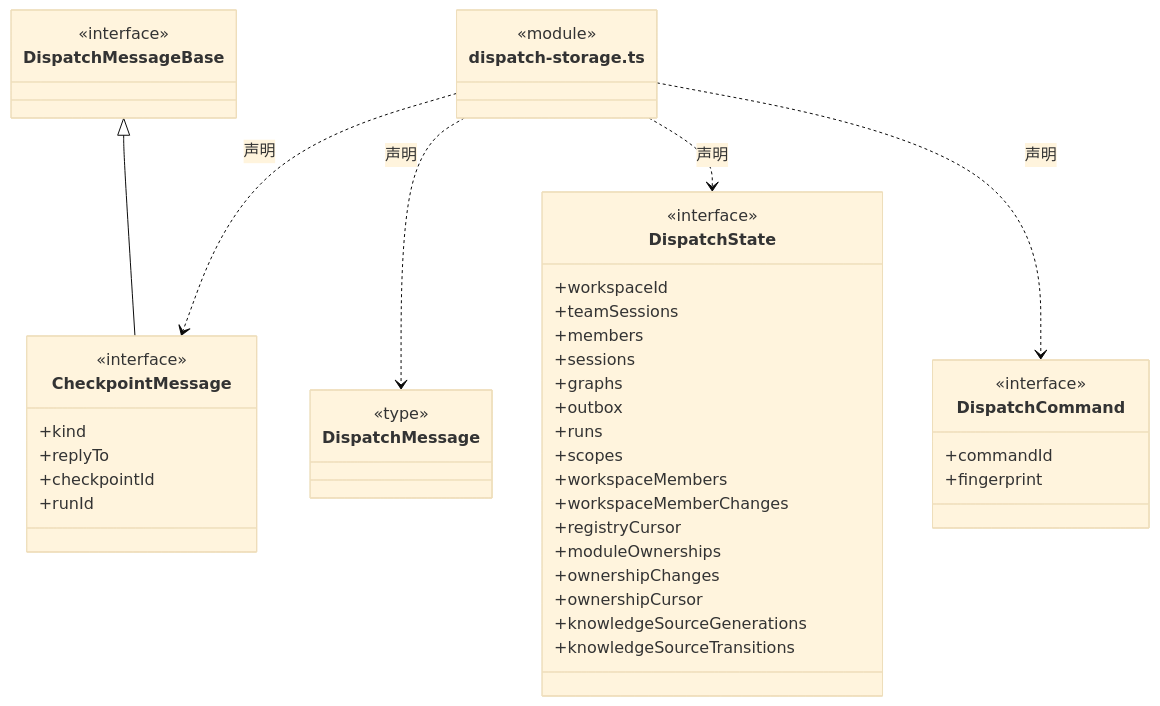
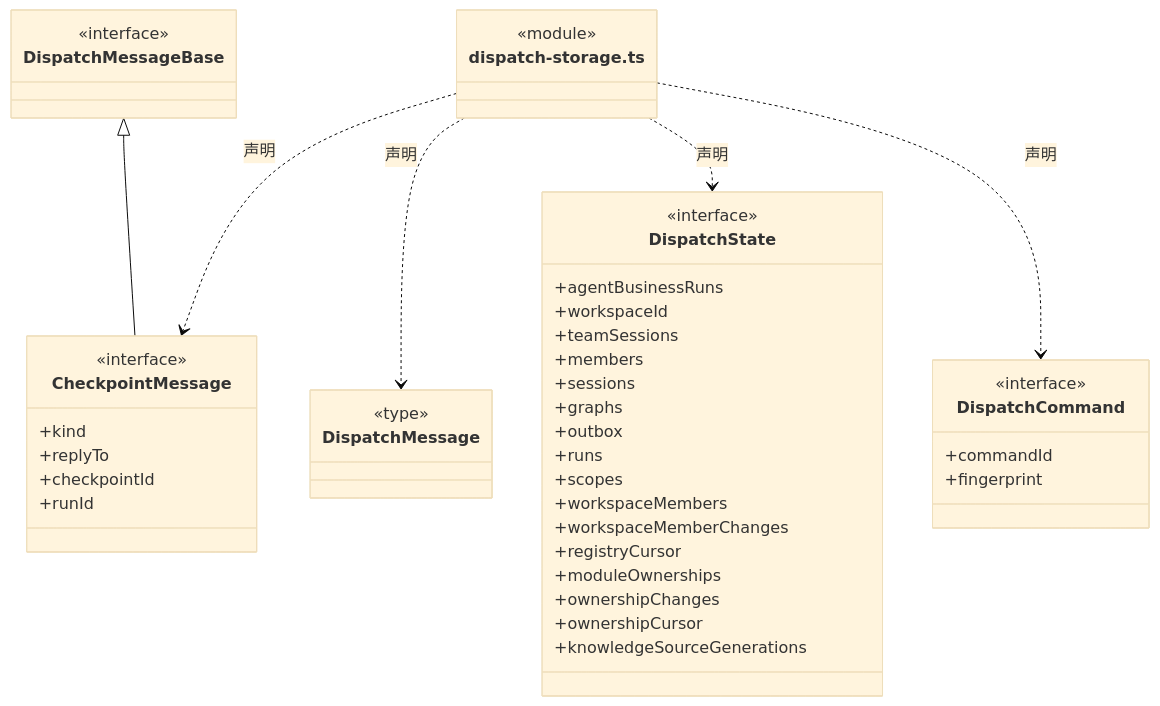
Before and after one commit to nan023062/cbim: the second of 4 diagrams in src/logic/dispatch/rules/ARCHITECTURE.md, drawn with Mermaid (base theme). The commit also changed other lines of this file and 42 other files, not shown here.

````diff
--- a/src/logic/dispatch/rules/ARCHITECTURE.md
+++ b/src/logic/dispatch/rules/ARCHITECTURE.md
@@ -67,49 +67,49 @@
 ```mermaid
 classDiagram
 class N_src_logic_dispatch_rules_dispatch_storage_ts["dispatch-storage.ts"] {
   <<module>>
 }
 class N_src_logic_dispatch_rules_dispatch_storage_ts_CheckpointMessage["CheckpointMessage"] {
   <<interface>>
   +kind
   +replyTo
   +checkpointId
   +runId
 }
 N_src_logic_dispatch_rules_dispatch_storage_ts ..> N_src_logic_dispatch_rules_dispatch_storage_ts_CheckpointMessage : 声明
 class N_src_logic_dispatch_rules_dispatch_storage_ts_DispatchMessageBase["DispatchMessageBase"] {
   <<interface>>
 }
 N_src_logic_dispatch_rules_dispatch_storage_ts_DispatchMessageBase <|-- N_src_logic_dispatch_rules_dispatch_storage_ts_CheckpointMessage
 class N_src_logic_dispatch_rules_dispatch_storage_ts_DispatchMessage["DispatchMessage"] {
   <<type>>
 
 }
 N_src_logic_dispatch_rules_dispatch_storage_ts ..> N_src_logic_dispatch_rules_dispatch_storage_ts_DispatchMessage : 声明
 class N_src_logic_dispatch_rules_dispatch_storage_ts_DispatchState["DispatchState"] {
   <<interface>>
+  +agentBusinessRuns
   +workspaceId
   +teamSessions
   +members
   +sessions
   +graphs
   +outbox
   +runs
   +scopes
   +workspaceMembers
   +workspaceMemberChanges
   +registryCursor
   +moduleOwnerships
   +ownershipChanges
   +ownershipCursor
   +knowledgeSourceGenerations
-  +knowledgeSourceTransitions
 }
 N_src_logic_dispatch_rules_dispatch_storage_ts ..> N_src_logic_dispatch_rules_dispatch_storage_ts_DispatchState : 声明
 class N_src_logic_dispatch_rules_dispatch_storage_ts_DispatchCommand["DispatchCommand"] {
   <<interface>>
   +commandId
   +fingerprint
 }
 N_src_logic_dispatch_rules_dispatch_storage_ts ..> N_src_logic_dispatch_rules_dispatch_storage_ts_DispatchCommand : 声明
 ```
````
